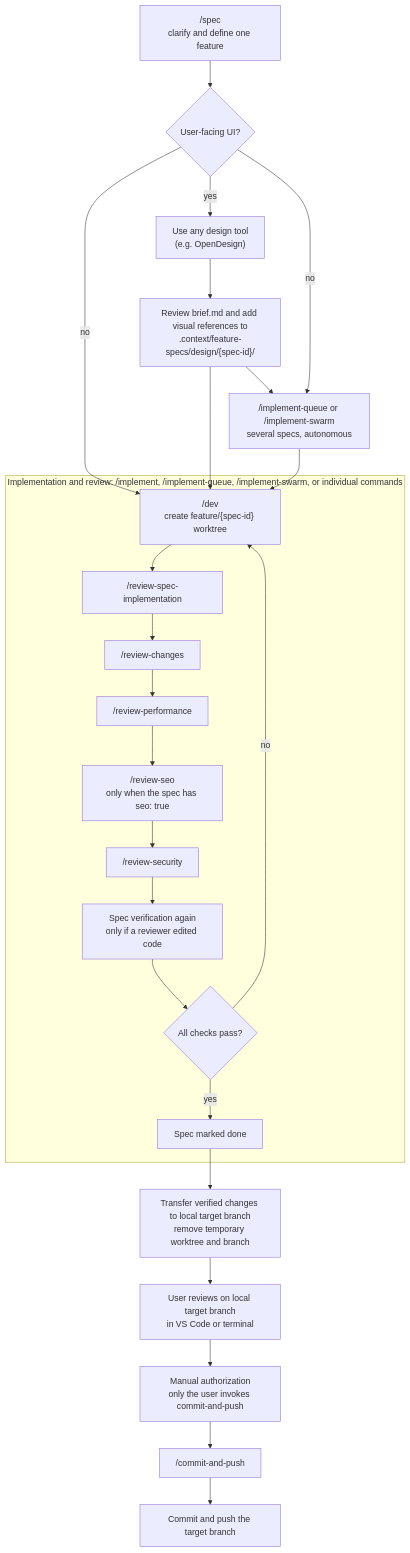
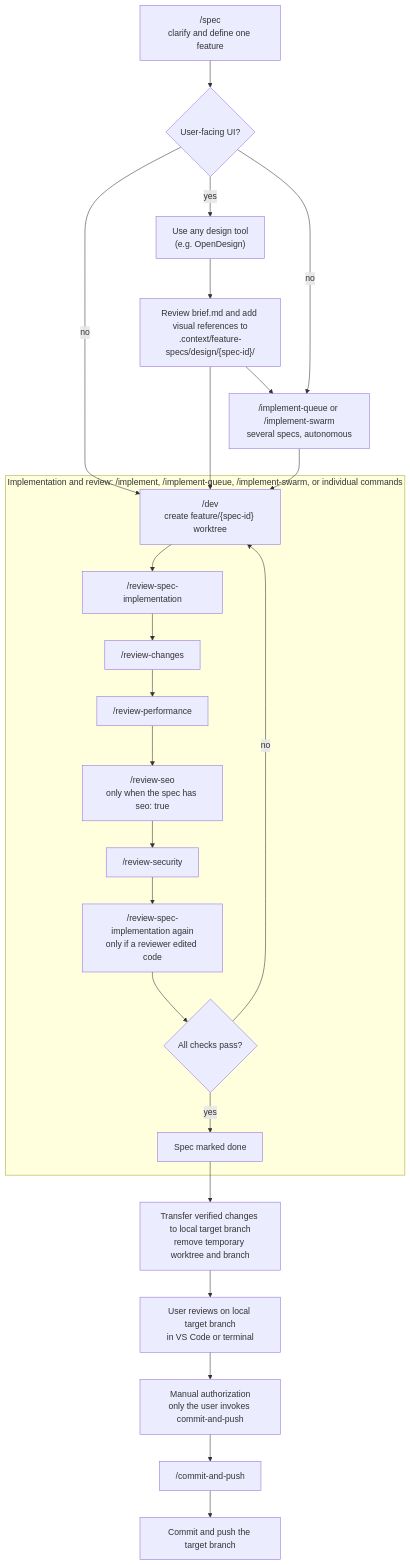
The fourth of 6 diagrams in README.md (the-blue-coder/agentic-starter), drawn with Mermaid before and after one commit.

Commit message:
name /review-spec-implementation in the readme recheck step

````diff
--- a/README.md
+++ b/README.md
@@ -215,29 +215,29 @@
 ```mermaid
 flowchart TD
   spec["/spec<br/>clarify and define one feature"] --> ui{"User-facing UI?"}
   ui -- yes --> designTool["Use any design tool<br/>(e.g. OpenDesign)"]
   designTool --> export["Review brief.md and add visual references to<br/>.context/feature-specs/design/{spec-id}/"]
   ui -- no --> dev["/dev<br/>create feature/{spec-id} worktree"]
   export --> dev
   export --> batch["/implement-queue or /implement-swarm<br/>several specs, autonomous"]
   ui -- no --> batch
   batch --> dev
 
   subgraph reviewLoop["Implementation and review: /implement, /implement-queue, /implement-swarm, or individual commands"]
     dev --> verify["/review-spec-implementation"]
     verify --> conventions["/review-changes"]
     conventions --> performance["/review-performance"]
     performance --> seo["/review-seo<br/>only when the spec has seo: true"]
     seo --> security["/review-security"]
-    security --> recheck["Spec verification again<br/>only if a reviewer edited code"]
+    security --> recheck["/review-spec-implementation again<br/>only if a reviewer edited code"]
     recheck --> clean{"All checks pass?"}
     clean -- no --> dev
     clean -- yes --> done["Spec marked done"]
   end
 
   done --> handoff["Transfer verified changes to local target branch<br/>remove temporary worktree and branch"]
   handoff --> localReview["User reviews on local target branch<br/>in VS Code or terminal"]
   localReview --> gate["Manual authorization<br/>only the user invokes commit-and-push"]
   gate --> ship["/commit-and-push"]
   ship --> pushed["Commit and push the target branch"]
 ```
````
